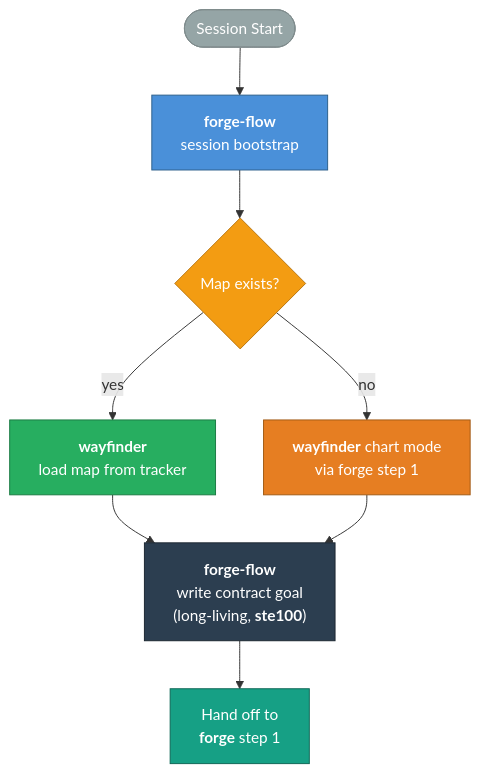
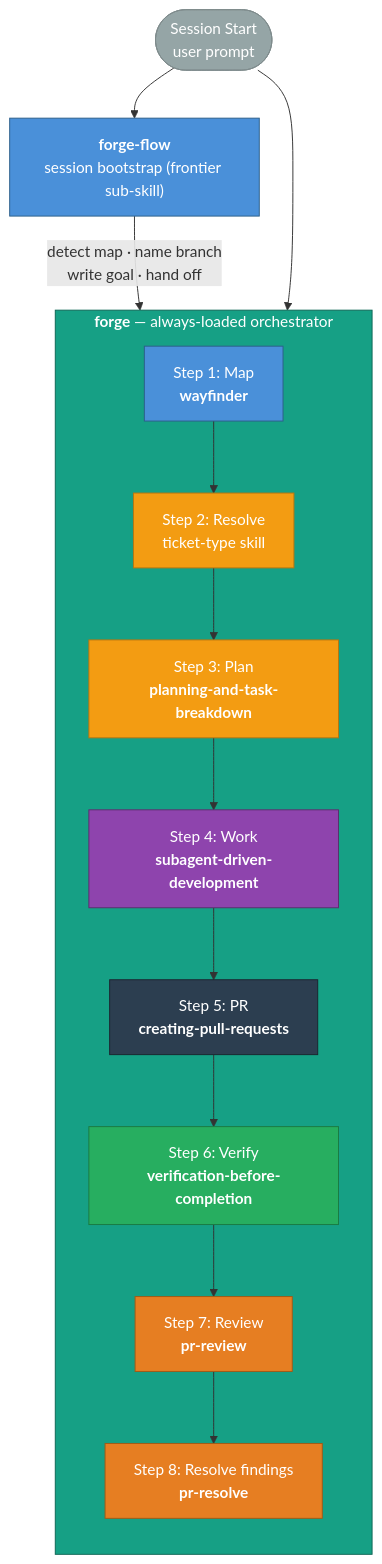
One commit to weselben/RooForge changed the first of 5 diagrams in README.md. Above: the diagram before and after it, drawn with Mermaid. The commit also changed other lines of this file, not shown here.

Commit message:
docs(readme): rewrite session-start section with forge subbox
Section 1 now shows forge as the always-loaded orchestrator box
with all 8 steps inside, and forge-flow as a frontier sub-skill
that hands off. Sections 2 and 3 gain natural-language prose
summarising the skills each step involves.

````diff
--- a/README.md
+++ b/README.md
@@ -76,18 +76,31 @@
 ```mermaid
 flowchart TD
-    Start([Session Start]) --> Flow["<b>forge-flow</b><br/>session bootstrap"]
-    Flow --> Detect{"Map exists?"}
-    Detect -->|"yes"| LoadMap["<b>wayfinder</b><br/>load map from tracker"]
-    Detect -->|"no"| ChartMap["<b>wayfinder</b> chart mode<br/>via forge step 1"]
-    LoadMap --> Goal["<b>forge-flow</b><br/>write contract goal<br/>(long-living, <b>ste100</b>)"]
-    ChartMap --> Goal
-    Goal --> Handoff["Hand off to<br/><b>forge</b> step 1"]
-    
+    subgraph Forge["<b>forge</b> — always-loaded orchestrator"]
+        direction TB
+        F1["Step 1: Map<br/><b>wayfinder</b>"]
+        F2["Step 2: Resolve<br/>ticket-type skill"]
+        F3["Step 3: Plan<br/><b>planning-and-task-breakdown</b>"]
+        F4["Step 4: Work<br/><b>subagent-driven-development</b>"]
+        F5["Step 5: PR<br/><b>creating-pull-requests</b>"]
+        F6["Step 6: Verify<br/><b>verification-before-completion</b>"]
+        F7["Step 7: Review<br/><b>pr-review</b>"]
+        F8["Step 8: Resolve findings<br/><b>pr-resolve</b>"]
+        F1 --> F2 --> F3 --> F4 --> F5 --> F6 --> F7 --> F8
+    end
+
+    Start([Session Start<br/>user prompt]) --> Forge
+    Start --> FF["<b>forge-flow</b><br/>session bootstrap (frontier sub-skill)"]
+    FF -->|"detect map · name branch<br/>write goal · hand off"| F1
+
     style Start fill:#95A5A6,color:#fff,stroke:#7F8C8D
-    style Flow fill:#4A90D9,color:#fff,stroke:#2C5F8A
-    style Detect fill:#F39C12,color:#fff,stroke:#B8750E
-    style LoadMap fill:#27AE60,color:#fff,stroke:#1A7A42
-    style ChartMap fill:#E67E22,color:#fff,stroke:#A05A15
-    style Goal fill:#2C3E50,color:#fff,stroke:#1A252F
-    style Handoff fill:#16A085,color:#fff,stroke:#0E6655
+    style Forge fill:#16A085,color:#fff,stroke:#0E6655
+    style FF fill:#4A90D9,color:#fff,stroke:#2C5F8A
+    style F1 fill:#4A90D9,color:#fff,stroke:#2C5F8A
+    style F2 fill:#F39C12,color:#fff,stroke:#B8750E
+    style F3 fill:#F39C12,color:#fff,stroke:#B8750E
+    style F4 fill:#8E44AD,color:#fff,stroke:#5B2D6E
+    style F5 fill:#2C3E50,color:#fff,stroke:#1A252F
+    style F6 fill:#27AE60,color:#fff,stroke:#1A7A42
+    style F7 fill:#E67E22,color:#fff,stroke:#A05A15
+    style F8 fill:#E67E22,color:#fff,stroke:#A05A15
 ```
````
